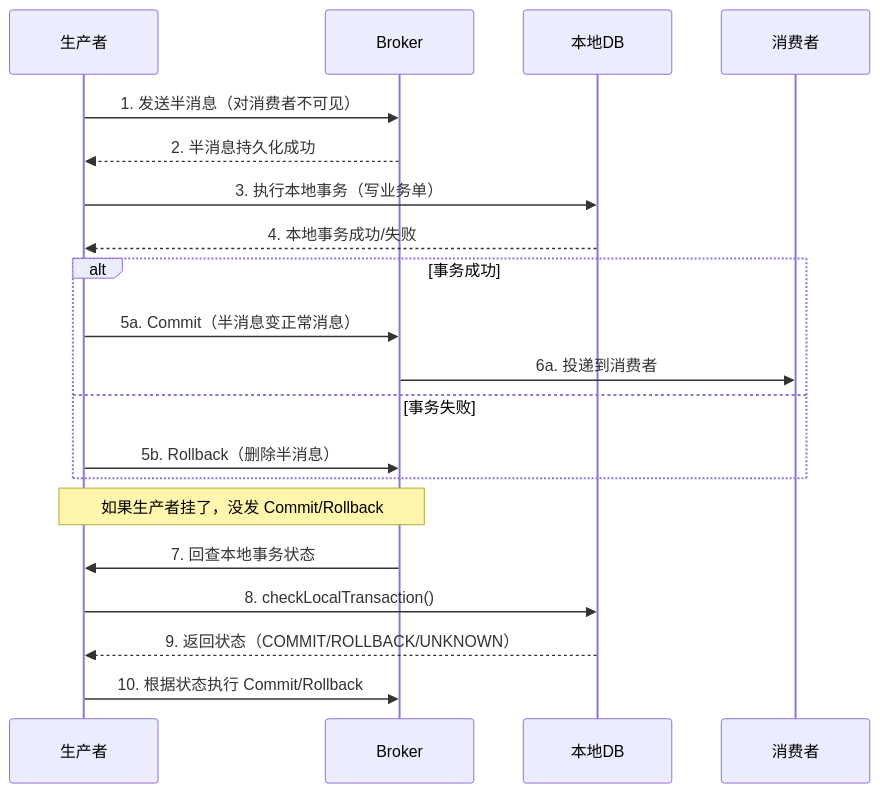
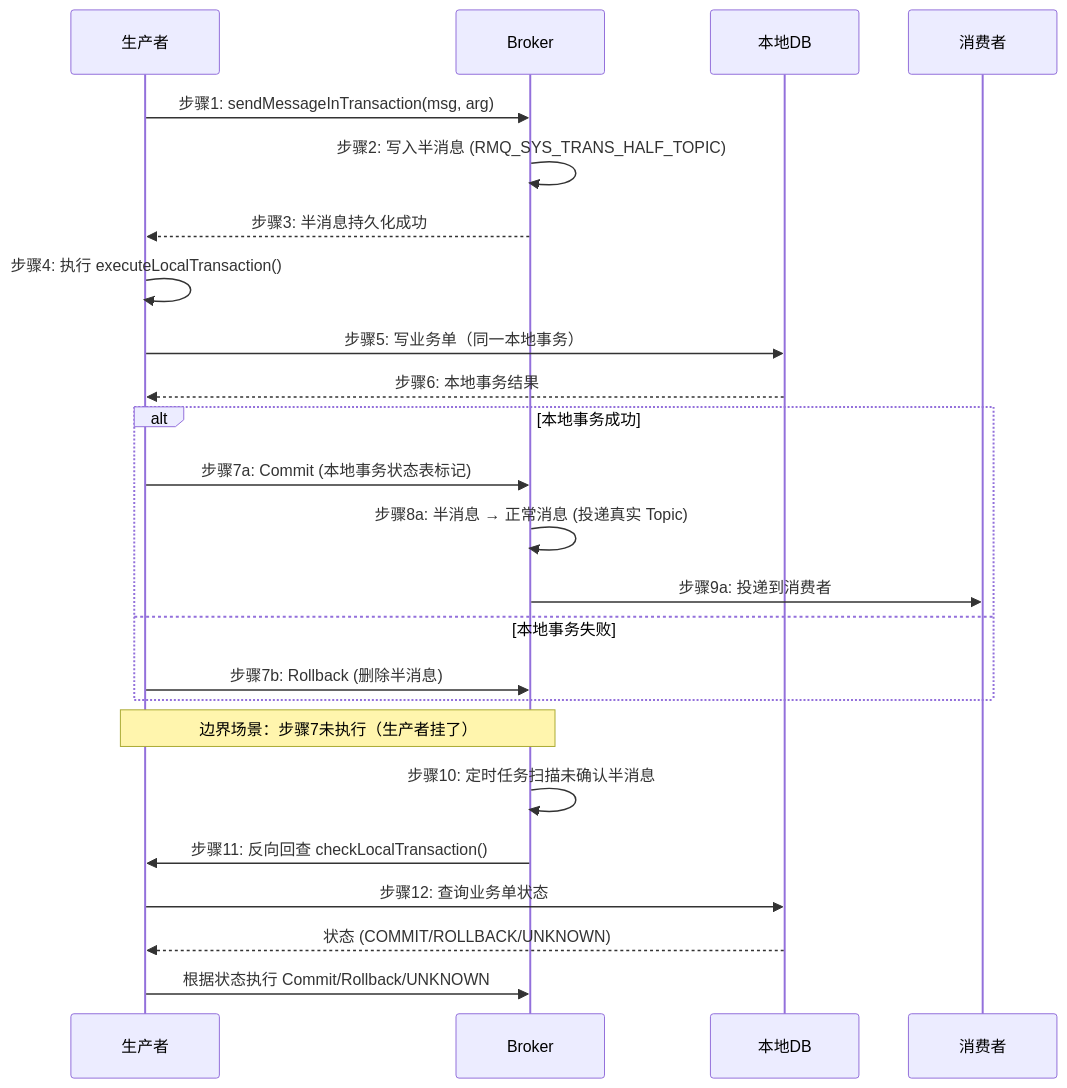
The first of 5 diagrams in docs/data/rocketmq/事务消息深度/1_事务问题域与3种解法对比-深度.md (xiaobo1997/programmer-knowledge-graph), drawn with Mermaid before and after one commit. The commit also changed other lines of this file and 11 other files, not shown here.

````diff
--- a/docs/data/rocketmq/事务消息深度/1_事务问题域与3种解法对比-深度.md
+++ b/docs/data/rocketmq/事务消息深度/1_事务问题域与3种解法对比-深度.md
@@ -57,25 +58,29 @@
 ```mermaid
 sequenceDiagram
     participant P as 生产者
     participant B as Broker
     participant DB as 本地DB
     participant C as 消费者
 
-    P->>B: 1. 发送半消息（对消费者不可见）
-    B-->>P: 2. 半消息持久化成功
-    P->>DB: 3. 执行本地事务（写业务单）
-    DB-->>P: 4. 本地事务成功/失败
+    P->>B: 步骤1: sendMessageInTransaction(msg, arg)
+    B->>B: 步骤2: 写入半消息 (RMQ_SYS_TRANS_HALF_TOPIC)
+    B-->>P: 步骤3: 半消息持久化成功
+    P->>P: 步骤4: 执行 executeLocalTransaction()
+    P->>DB: 步骤5: 写业务单（同一本地事务）
+    DB-->>P: 步骤6: 本地事务结果
 
-    alt 事务成功
-        P->>B: 5a. Commit（半消息变正常消息）
-        B->>C: 6a. 投递到消费者
-    else 事务失败
-        P->>B: 5b. Rollback（删除半消息）
+    alt 本地事务成功
+        P->>B: 步骤7a: Commit (本地事务状态表标记)
+        B->>B: 步骤8a: 半消息 → 正常消息 (投递真实 Topic)
+        B->>C: 步骤9a: 投递到消费者
+    else 本地事务失败
+        P->>B: 步骤7b: Rollback (删除半消息)
     end
 
-    Note over P,B: 如果生产者挂了，没发 Commit/Rollback
-    B->>P: 7. 回查本地事务状态
-    P->>DB: 8. checkLocalTransaction()
-    DB-->>P: 9. 返回状态（COMMIT/ROLLBACK/UNKNOWN）
-    P->>B: 10. 根据状态执行 Commit/Rollback
+    Note over P,B: 边界场景：步骤7未执行（生产者挂了）
+    B->>B: 步骤10: 定时任务扫描未确认半消息
+    B->>P: 步骤11: 反向回查 checkLocalTransaction()
+    P->>DB: 步骤12: 查询业务单状态
+    DB-->>P: 状态 (COMMIT/ROLLBACK/UNKNOWN)
+    P->>B: 根据状态执行 Commit/Rollback/UNKNOWN
 ```
````
